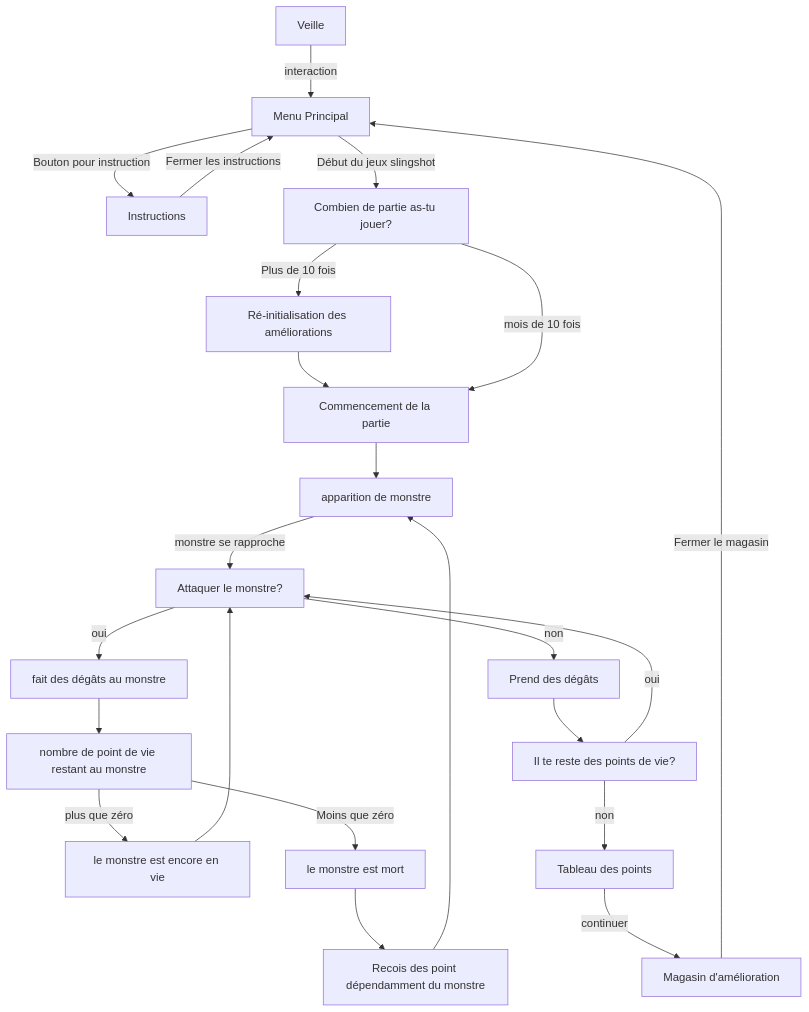
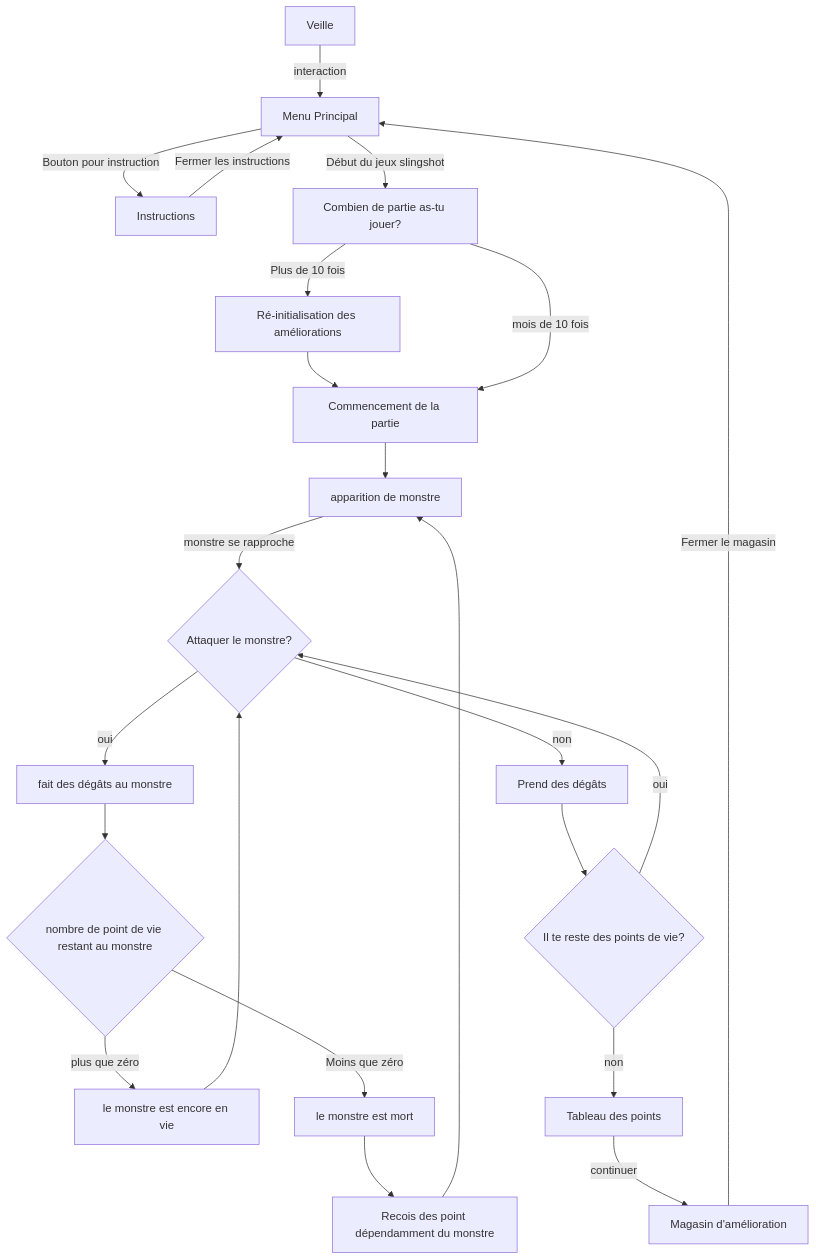
Before and after one commit to sideking/Game-of-FUN: the diagram in README.md, drawn with Mermaid.

Commit message:
Update README.md - more stuff

````diff
--- a/README.md
+++ b/README.md
@@ -1,32 +1,32 @@
 ```mermaid
 	flowchart TD
 	Veille[Veille] --> |interaction| MainMenu[Menu Principal]
 	MainMenu --> |Bouton pour instruction| Instructions[Instructions]
 	Instructions --> |Fermer les instructions| MainMenu
 	MainMenu --> |Début du jeux slingshot| GameCounter[Combien de partie as-tu jouer?]
 	GameCounter --> |Plus de 10 fois| ResetGame[Ré-initialisation des améliorations]
 	ResetGame --> DébutJeux
 	GameCounter --> |mois de 10 fois| DébutJeux[Commencement de la partie]
 
 	DébutJeux --> SpawnMonster[apparition de monstre]
-	SpawnMonster --> |monstre se rapproche| AttackMonster[Attaquer le monstre?]
+	SpawnMonster --> |monstre se rapproche| AttackMonster{Attaquer le monstre?}
 
 	AttackMonster --> |oui| DamageMonster[fait des dégâts au monstre]
-	DamageMonster --> MonsterHP[nombre de point de vie restant au monstre]
+	DamageMonster --> MonsterHP{nombre de point de vie restant au monstre}
 	MonsterHP --> |plus que zéro| MonsterAlive[le monstre est encore en vie]
 	MonsterHP --> |Moins que zéro| MonsterDead[le monstre est mort]
 	MonsterAlive --> AttackMonster
 	MonsterDead --> GetPoint[Recois des point dépendamment du monstre]
 	GetPoint --> SpawnMonster
 	
 
 	AttackMonster --> |non| TakeDamage[Prend des dégâts]
-	TakeDamage --> HPStatus[Il te reste des points de vie?]
+	TakeDamage --> HPStatus{Il te reste des points de vie?}
 	HPStatus --> |oui| AttackMonster
 	HPStatus --> |non| ScoreBoard[Tableau des points]
 
 	ScoreBoard --> |continuer| RogueLikeShop[Magasin d'amélioration]
 	RogueLikeShop --> |Fermer le magasin| MainMenu
 
 	
 ```
````
